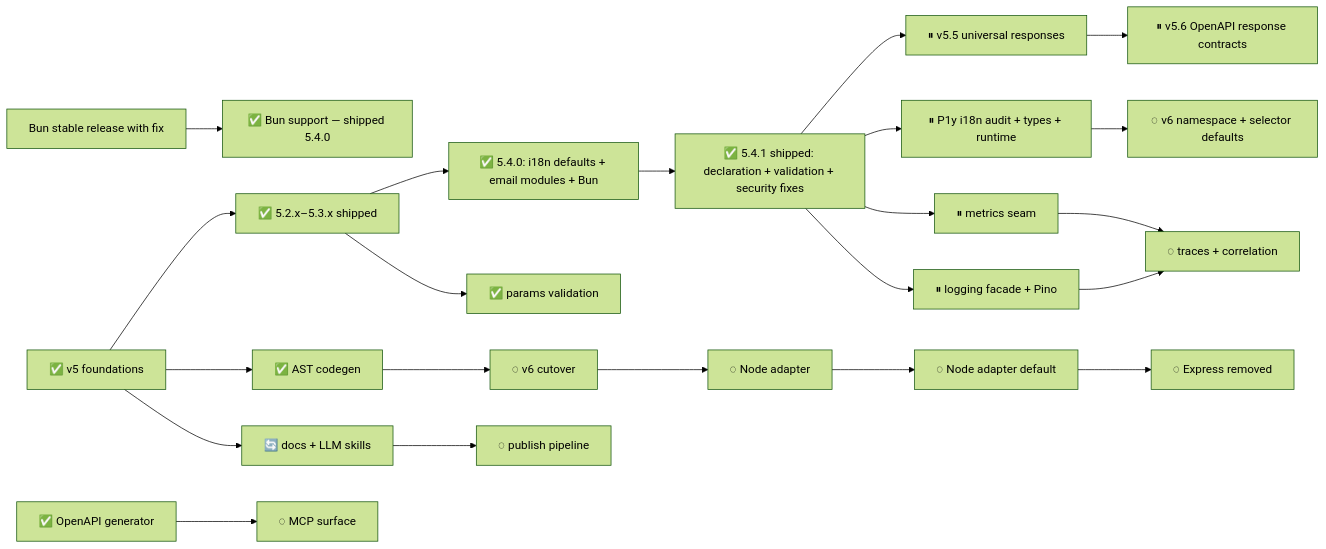
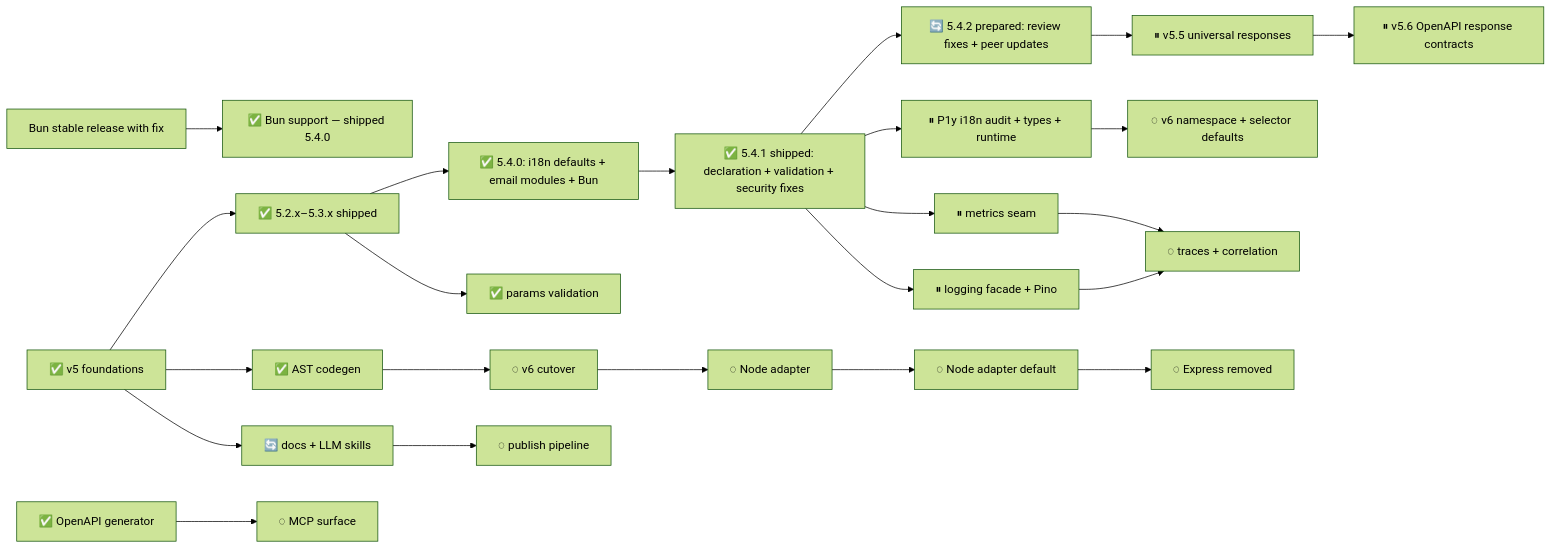
One commit to adaptivestone/framework changed the diagram in .plans/refactor/README.md. Above: the diagram before and after it, drawn with Mermaid (forest theme). The commit also changed other lines of this file and 7 other files, not shown here.

````diff
--- a/.plans/refactor/README.md
+++ b/.plans/refactor/README.md
@@ -42,31 +44,32 @@
 ```mermaid
 flowchart LR
     Foundation["✅ v5 foundations"] --> Patch["✅ 5.2.x–5.3.x shipped"]
     Patch --> Released["✅ 5.4.0: i18n defaults + email modules + Bun"]
     Released --> Unreleased["✅ 5.4.1 shipped: declaration + validation + security fixes"]
 
-    Unreleased --> Responses["⏸ v5.5 universal responses"]
+    Unreleased --> Patch542["🔄 5.4.2 prepared: review fixes + peer updates"]
+    Patch542 --> Responses["⏸ v5.5 universal responses"]
     Responses --> OpenAPI["⏸ v5.6 OpenAPI response contracts"]
 
     BunRelease["Bun stable release with fix"] --> BunSupport["✅ Bun support — shipped 5.4.0"]
 
     Unreleased --> I18nV5["⏸ P1y i18n audit + types + runtime"]
     I18nV5 --> I18nV6["◌ v6 namespace + selector defaults"]
 
     Foundation --> Codegen["✅ AST codegen"]
     Codegen --> V6["◌ v6 cutover"]
     V6 --> NodeAdapter["◌ Node adapter"]
     NodeAdapter --> DefaultNode["◌ Node adapter default"]
     DefaultNode --> DropExpress["◌ Express removed"]
 
     Foundation --> Docs["🔄 docs + LLM skills"]
     Docs --> Publish["◌ publish pipeline"]
 
     Patch --> Params["✅ params validation"]
     Unreleased --> Metrics["⏸ metrics seam"]
     Unreleased --> Logging["⏸ logging facade + Pino"]
     Logging --> Observability["◌ traces + correlation"]
     Metrics --> Observability
 
     OpenAPIGen["✅ OpenAPI generator"] --> MCP["◌ MCP surface"]
 ```
````
